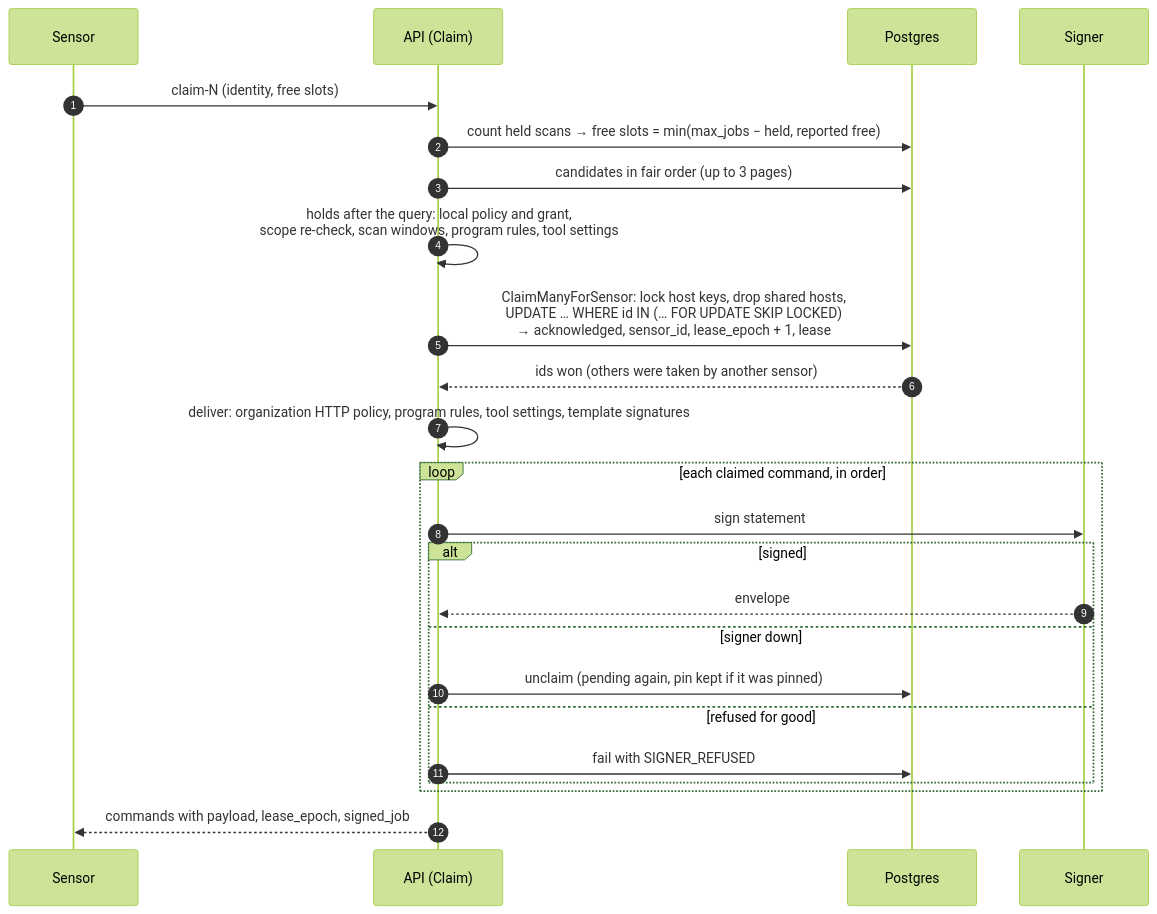
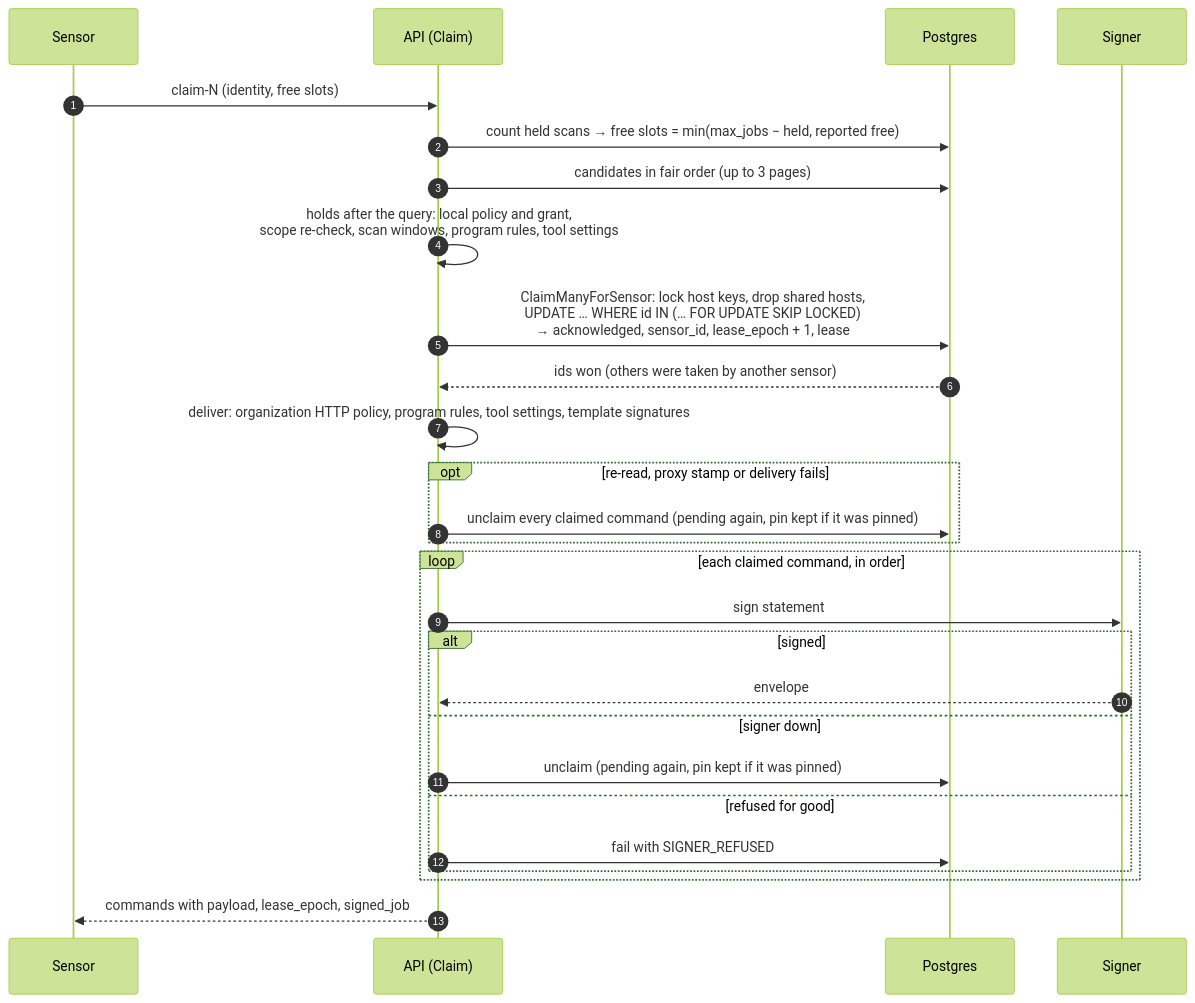
Before and after one commit to openctemio/openctem: the fifth of 8 diagrams in api/docs/architecture/job-dispatch.md, drawn with Mermaid (forest theme). The commit also changed other lines of this file and 16 other files, not shown here.

First line of the commit message:
fix(sensors): fence late results of an older run; hand a claim back when delivery fails

````diff
--- a/api/docs/architecture/job-dispatch.md
+++ b/api/docs/architecture/job-dispatch.md
@@ -265,26 +265,29 @@
 ```mermaid
 sequenceDiagram
   autonumber
   participant S as Sensor
   participant API as API (Claim)
   participant DB as Postgres
   participant SG as Signer
   S->>API: claim-N (identity, free slots)
   API->>DB: count held scans → free slots = min(max_jobs − held, reported free)
   API->>DB: candidates in fair order (up to 3 pages)
   API->>API: holds after the query: local policy and grant,<br/>scope re-check, scan windows, program rules, tool settings
   API->>DB: ClaimManyForSensor: lock host keys, drop shared hosts,<br/>UPDATE … WHERE id IN (… FOR UPDATE SKIP LOCKED)<br/>→ acknowledged, sensor_id, lease_epoch + 1, lease
   DB-->>API: ids won (others were taken by another sensor)
   API->>API: deliver: organization HTTP policy, program rules, tool settings, template signatures
+  opt re-read, proxy stamp or delivery fails
+    API->>DB: unclaim every claimed command (pending again, pin kept if it was pinned)
+  end
   loop each claimed command, in order
     API->>SG: sign statement
     alt signed
       SG-->>API: envelope
     else signer down
       API->>DB: unclaim (pending again, pin kept if it was pinned)
     else refused for good
       API->>DB: fail with SIGNER_REFUSED
     end
   end
   API-->>S: commands with payload, lease_epoch, signed_job
 ```
````
